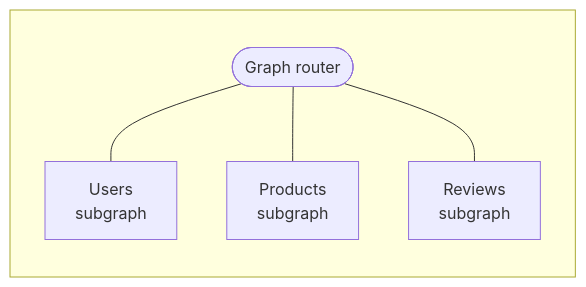
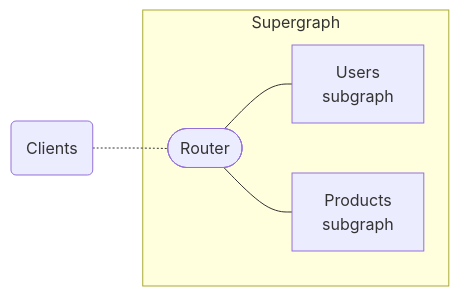
Before and after one commit to apollographql/federation: the first of 8 diagrams in docs/source/index.mdx, drawn with Mermaid. The commit also changed other lines of this file and 6 other files, not shown here.

````diff
--- a/docs/source/index.mdx
+++ b/docs/source/index.mdx
@@ -10,10 +10,12 @@
 ```mermaid
-graph BT;
-  subgraph " ";
-  gateway([Graph router]);
+graph LR;
+  clients(Clients);
+  subgraph "Supergraph";
+  gateway([Router]);
   serviceA[Users<br/>subgraph];
   serviceB[Products<br/>subgraph];
-  serviceC[Reviews<br/>subgraph];
-  gateway --- serviceA & serviceB & serviceC;
+  gateway --- serviceA & serviceB;
   end;
+  clients -.- gateway;
+  class clients secondary;
 ```
````
